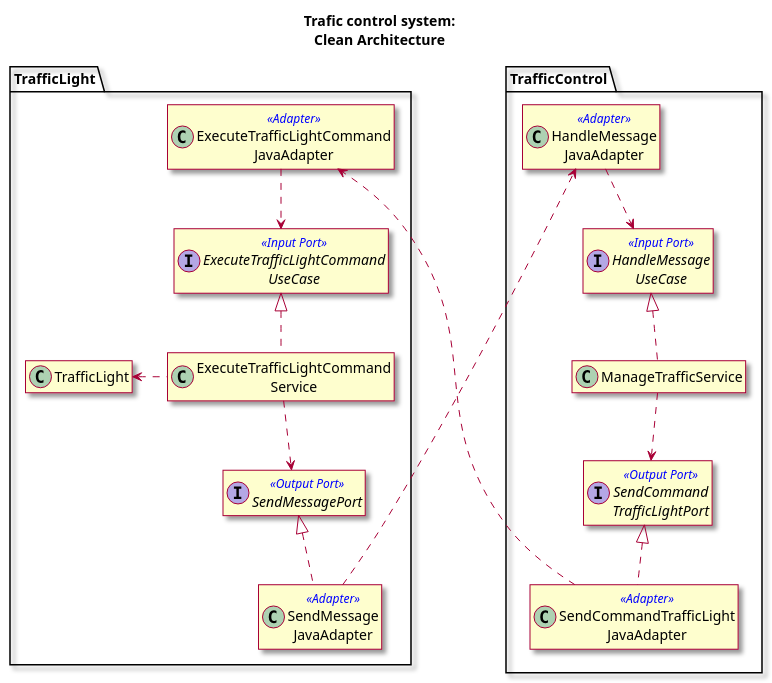
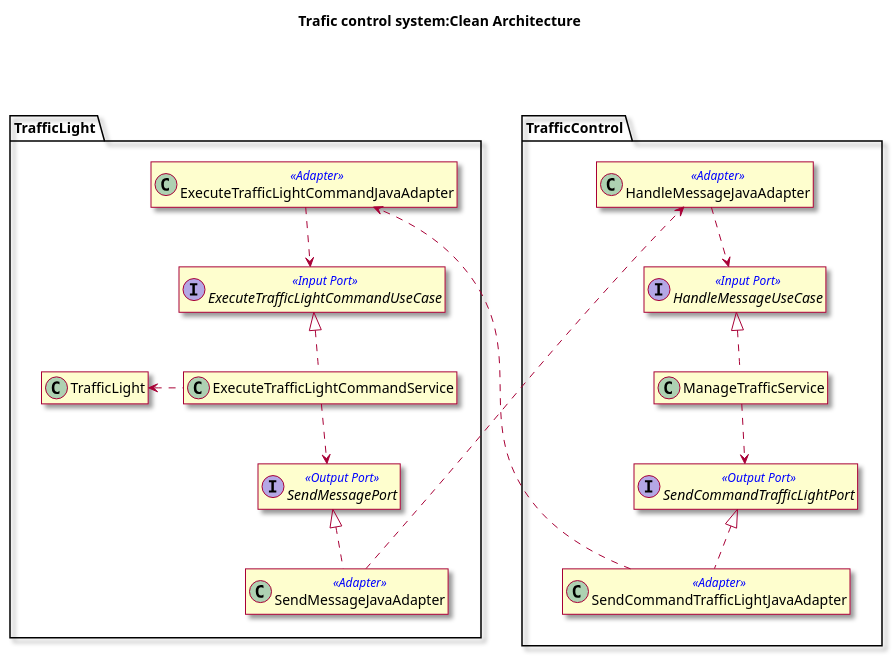
Before and after one commit to hansvheumen/traffic-control-system: the diagram in docs/diagrams/src/Clean Architecture.puml, drawn with PlantUML. The commit also changed 9 other files, not shown here.

```diff
--- a/docs/diagrams/src/Clean Architecture.puml
+++ b/docs/diagrams/src/Clean Architecture.puml
@@ -1,60 +1,60 @@
 @startuml clean architecture
 
 skin rose
 skinparam Nodesep 50 // horizontal spacing
 ' skinparam ranksep 20 // vertical spacing
 
 skinparam ClassStereotypeFontColor blue
 ' scale max 4000 width
 hide empty members
 ' top to bottom direction
 
-title Trafic control system:\nClean Architecture
+title Trafic control system:Clean Architecture
 
 
 package TrafficControl <<Folder>> {
 
     class          ManageTrafficService
-    interface      HandleMessage\nUseCase <<Input Port>>
-    class          HandleMessage\nJavaAdapter <<Adapter>>
-    interface      SendCommand\nTrafficLightPort <<Output Port>>
+    interface      HandleMessageUseCase <<Input Port>>
+    class          HandleMessageJavaAdapter <<Adapter>>
+    interface      SendCommandTrafficLightPort <<Output Port>>
     together {
-        class          SendCommandTrafficLight\nJavaAdapter <<Adapter>>
-        ' class          SendCommandTrafficLight\nSocketAdapter <<Adapter>>
+        class          SendCommandTrafficLightJavaAdapter <<Adapter>>
+        ' class          SendCommandTrafficLightSocketAdapter <<Adapter>>
     }
 
-    HandleMessage\nJavaAdapter ..> HandleMessage\nUseCase
-    HandleMessage\nUseCase <|.. ManageTrafficService
-    ManageTrafficService ..> SendCommand\nTrafficLightPort
-    SendCommand\nTrafficLightPort <|.. SendCommandTrafficLight\nJavaAdapter
-    ' SendCommand\nTrafficLightPort <|. SendCommandTrafficLight\nSocketAdapter
+    HandleMessageJavaAdapter ..> HandleMessageUseCase
+    HandleMessageUseCase <|.. ManageTrafficService
+    ManageTrafficService ..> SendCommandTrafficLightPort
+    SendCommandTrafficLightPort <|.. SendCommandTrafficLightJavaAdapter
+    ' SendCommandTrafficLightPort <|. SendCommandTrafficLightSocketAdapter
 
 }
 
 package TrafficLight <<Folder>> {
 
-    class          ExecuteTrafficLightCommand\nService
-    interface      ExecuteTrafficLightCommand\nUseCase <<Input Port>>
-    class          ExecuteTrafficLightCommand\nJavaAdapter <<Adapter>>
+    class          ExecuteTrafficLightCommandService
+    interface      ExecuteTrafficLightCommandUseCase <<Input Port>>
+    class          ExecuteTrafficLightCommandJavaAdapter <<Adapter>>
     interface      SendMessagePort <<Output Port>>
-    class          SendMessage\nJavaAdapter <<Adapter>>
+    class          SendMessageJavaAdapter <<Adapter>>
     class          TrafficLight
 
-    ExecuteTrafficLightCommand\nJavaAdapter ..> ExecuteTrafficLightCommand\nUseCase
-    ExecuteTrafficLightCommand\nUseCase <|.. ExecuteTrafficLightCommand\nService
-    ExecuteTrafficLightCommand\nService ..> SendMessagePort
-    SendMessagePort <|.. SendMessage\nJavaAdapter
-    ExecuteTrafficLightCommand\nService .l.> TrafficLight
+    ExecuteTrafficLightCommandJavaAdapter ..> ExecuteTrafficLightCommandUseCase
+    ExecuteTrafficLightCommandUseCase <|.. ExecuteTrafficLightCommandService
+    ExecuteTrafficLightCommandService ..> SendMessagePort
+    SendMessagePort <|.. SendMessageJavaAdapter
+    ExecuteTrafficLightCommandService .l.> TrafficLight
 
 }
 
 
 
-TrafficControl.SendCommandTrafficLight\nJavaAdapter .r.> TrafficLight.ExecuteTrafficLightCommand\nJavaAdapter
-TrafficControl.HandleMessage\nJavaAdapter <.l. TrafficLight.SendMessage\nJavaAdapter
+TrafficControl.SendCommandTrafficLightJavaAdapter .r.> TrafficLight.ExecuteTrafficLightCommandJavaAdapter
+TrafficControl.HandleMessageJavaAdapter <.l. TrafficLight.SendMessageJavaAdapter
 
 ' start for layout purposes
-TrafficLight.ExecuteTrafficLightCommand\nJavaAdapter <.left[hidden]. TrafficControl.HandleMessage\nJavaAdapter
+TrafficControl .left[hidden].> TrafficLight
 ' end layout purposes
 
 @enduml
```
